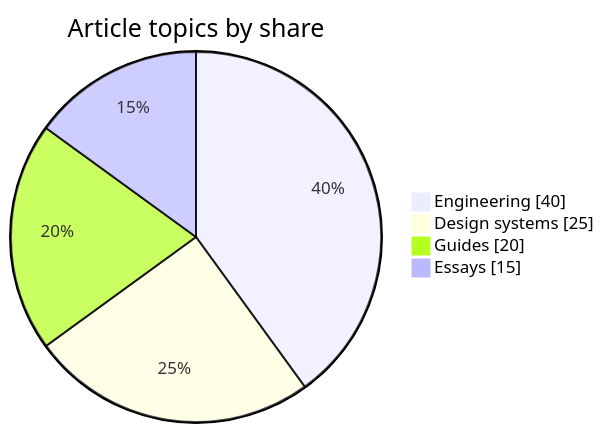
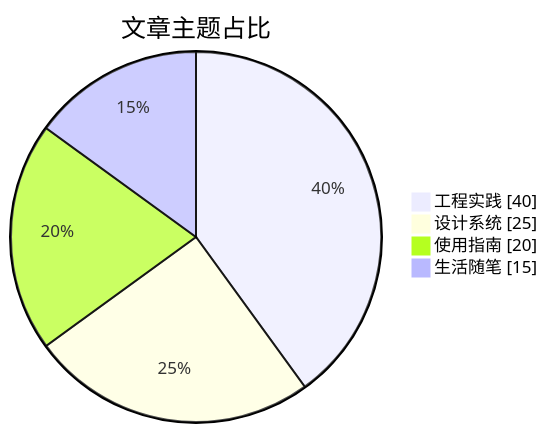
Before and after one commit to ynx-official/Shirone: the seventh of 14 diagrams in nuxt4/content/posts/markdown-mermaid.md, drawn with Mermaid. The commit also changed other lines of this file and 99 other files, not shown here.

````diff
--- a/nuxt4/content/posts/markdown-mermaid.md
+++ b/nuxt4/content/posts/markdown-mermaid.md
@@ -154,10 +147,10 @@
 ```mermaid
 pie showData
-    accTitle: Article topics by share
-    accDescr: Engineering accounts for forty percent, design systems for twenty-five percent, and the remainder is split between guides and essays.
-    title Article topics by share
-    "Engineering" : 40
-    "Design systems" : 25
-    "Guides" : 20
-    "Essays" : 15
+    accTitle: 饼图示例
+    accDescr: 使用饼图说明博客中的信息关系与工作过程。
+    title 文章主题占比
+    "工程实践" : 40
+    "设计系统" : 25
+    "使用指南" : 20
+    "生活随笔" : 15
 ```
````
